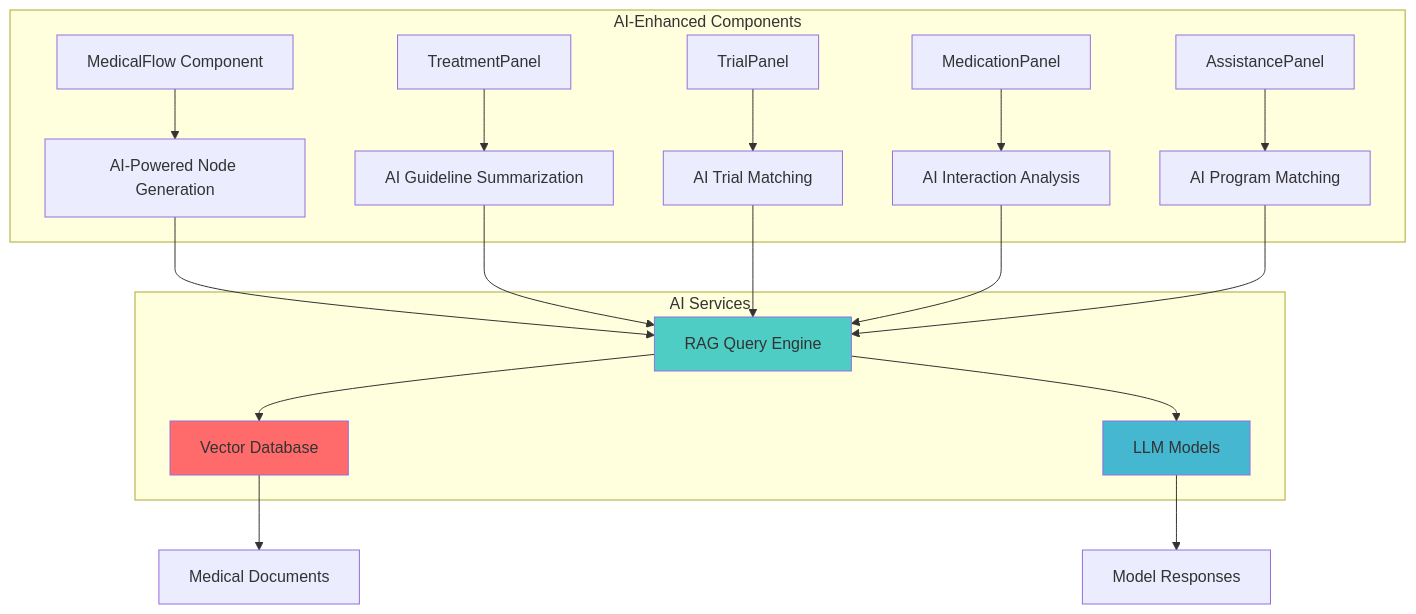
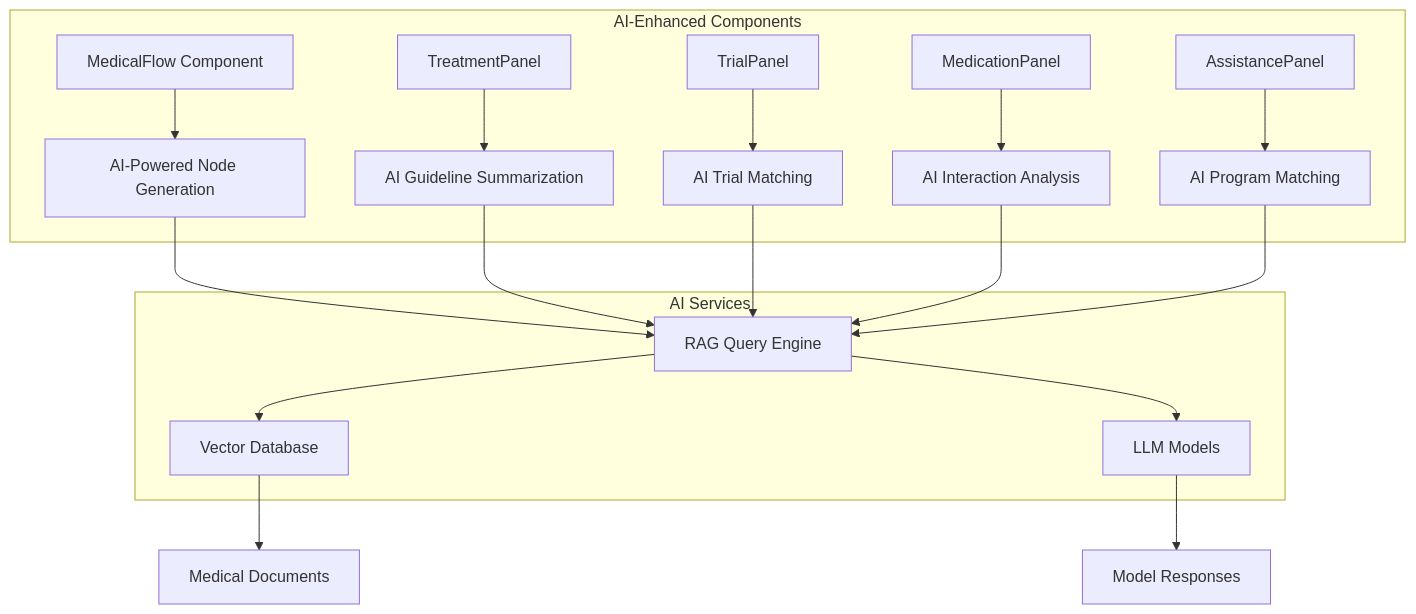
Before and after one commit to genewang/Ayuma: diagram 13 of 14 in ARCHITECTURE.md, drawn with Mermaid. The commit also changed other lines of this file and 2 other files, not shown here.

First line of the commit message:
docs: standardize Mermaid diagram styling across documentation

````diff
--- a/ARCHITECTURE.md
+++ b/ARCHITECTURE.md
@@ -840,27 +808,24 @@
 ```mermaid
 flowchart TD
     subgraph AI-Enhanced Components
         A[MedicalFlow Component] --> B[AI-Powered Node Generation]
         C[TreatmentPanel] --> D[AI Guideline Summarization]
         E[TrialPanel] --> F[AI Trial Matching]
         G[MedicationPanel] --> H[AI Interaction Analysis]
         I[AssistancePanel] --> J[AI Program Matching]
     end
 
     subgraph AI Services
         B --> K[RAG Query Engine]
         D --> K
         F --> K
         H --> K
         J --> K
         K --> L[Vector Database]
         K --> M[LLM Models]
     end
 
     L --> N[Medical Documents]
     M --> O[Model Responses]
 
-    style K fill:#4ecdc4
-    style L fill:#ff6b6b
-    style M fill:#45b7d1
 ```
````
